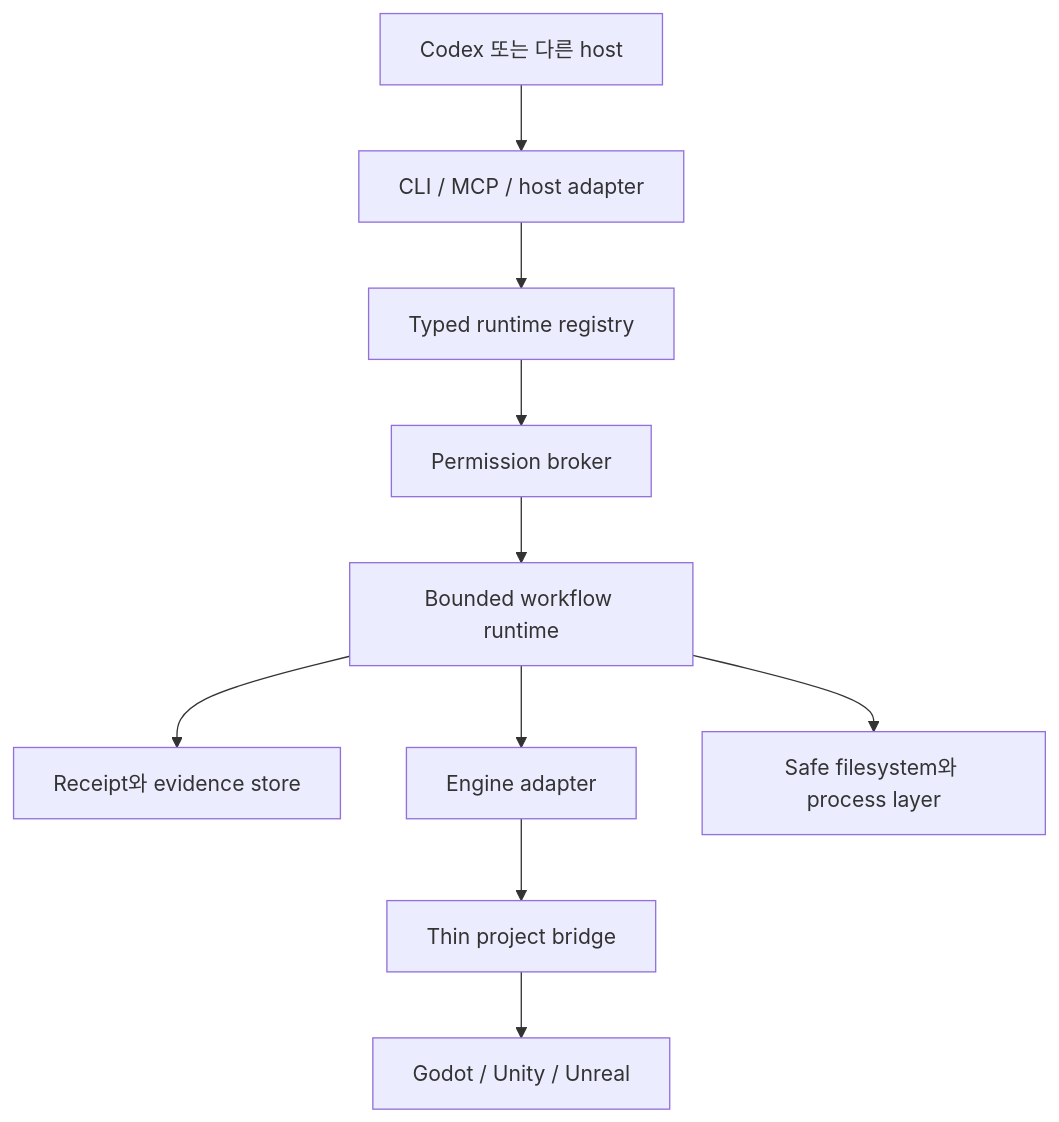
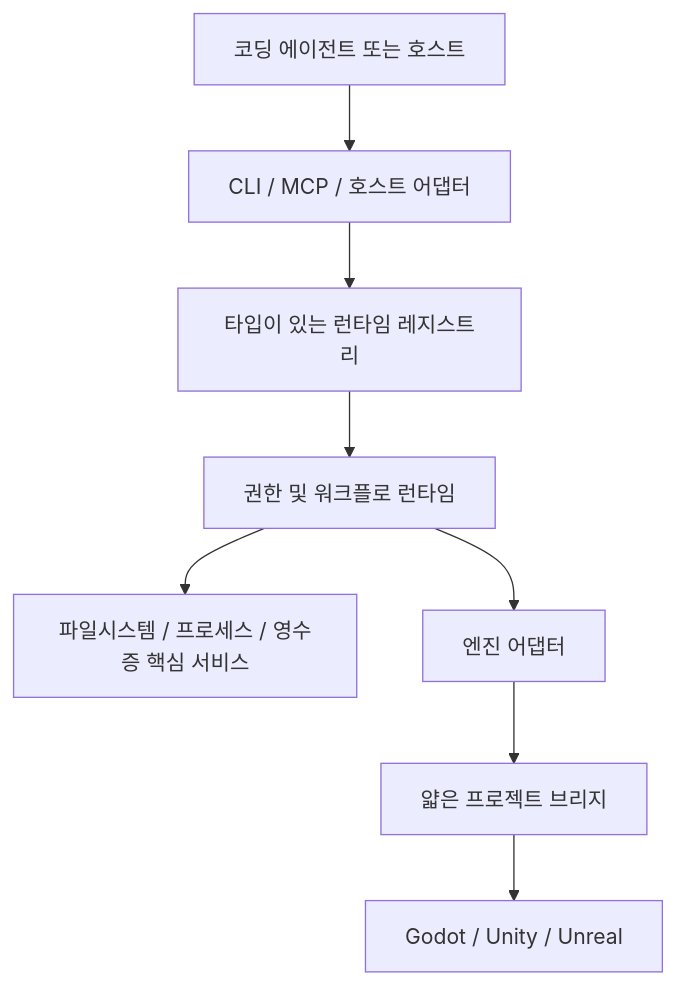
The diagram in docs/architecture.ko.md (jukrap/ai-game-playbook), drawn with Mermaid before and after one commit. The commit also changed other lines of this file and 27 other files, not shown here.

````diff
--- a/docs/architecture.ko.md
+++ b/docs/architecture.ko.md
@@ -17,12 +16,10 @@
 ```mermaid
 flowchart TD
-    H[Codex 또는 다른 host] --> S[CLI / MCP / host adapter]
-    S --> R[Typed runtime registry]
-    R --> P[Permission broker]
-    P --> W[Bounded workflow runtime]
-    W --> E[Receipt와 evidence store]
-    W --> A[Engine adapter]
-    A --> B[Thin project bridge]
-    B --> G[Godot / Unity / Unreal]
-    W --> F[Safe filesystem와 process layer]
+    H[코딩 에이전트 또는 호스트] --> I[CLI / MCP / 호스트 어댑터]
+    I --> R[타입이 있는 런타임 레지스트리]
+    R --> P[권한 및 워크플로 런타임]
+    P --> C[파일시스템 / 프로세스 / 영수증 핵심 서비스]
+    P --> A[엔진 어댑터]
+    A --> B[얇은 프로젝트 브리지]
+    B --> E[Godot / Unity / Unreal]
 ```
````
